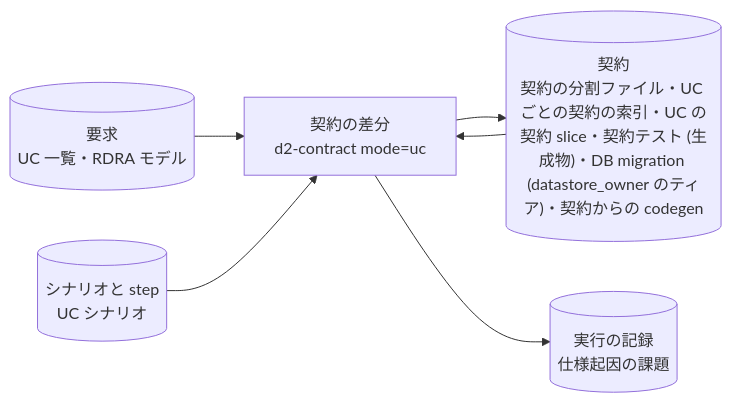
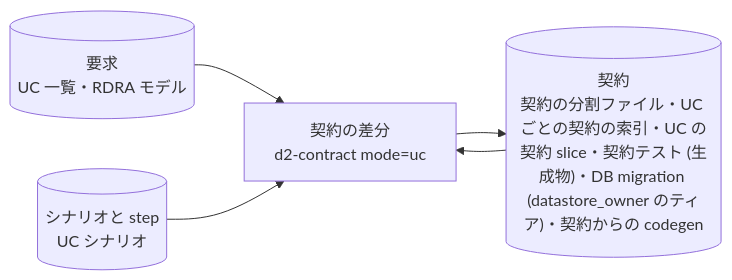
One commit to suwa-sh/suwa-sh-claude-plugins changed diagram 22 of 53 in plugins/distillery2/skills/d2-common/references/dataflow.md. Above: the diagram before and after it, drawn with Mermaid. The commit also changed other lines of this file and 19 other files, not shown here.

````diff
--- a/plugins/distillery2/skills/d2-common/references/dataflow.md
+++ b/plugins/distillery2/skills/d2-common/references/dataflow.md
@@ -566,13 +590,11 @@
 ```mermaid
 flowchart LR
   p_contract_uc["契約の差分<br/>d2-contract mode=uc"]
   g_requirements[("要求<br/>UC 一覧・RDRA モデル")]
   g_scenarios[("シナリオと step<br/>UC シナリオ")]
   g_contracts[("契約<br/>契約の分割ファイル・UC ごとの契約の索引・UC の契約 slice・契約テスト (生成物)・DB migration (datastore_owner のティア)・契約からの codegen")]
-  g_run[("実行の記録<br/>仕様起因の課題")]
   g_requirements --> p_contract_uc
   g_scenarios --> p_contract_uc
   g_contracts --> p_contract_uc
   p_contract_uc --> g_contracts
-  p_contract_uc --> g_run
 ```
````
